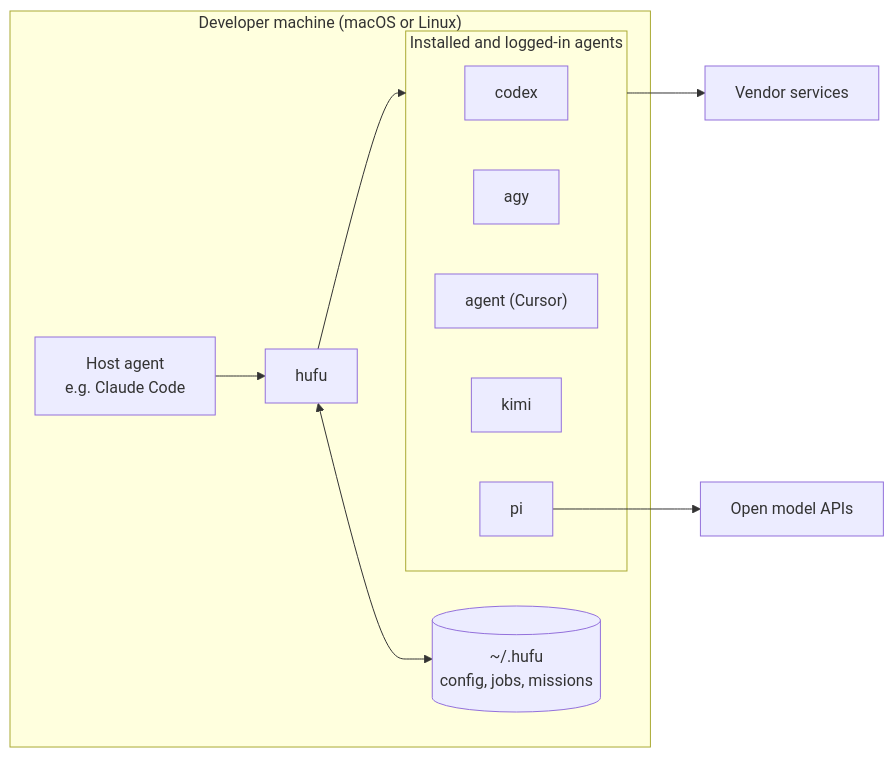
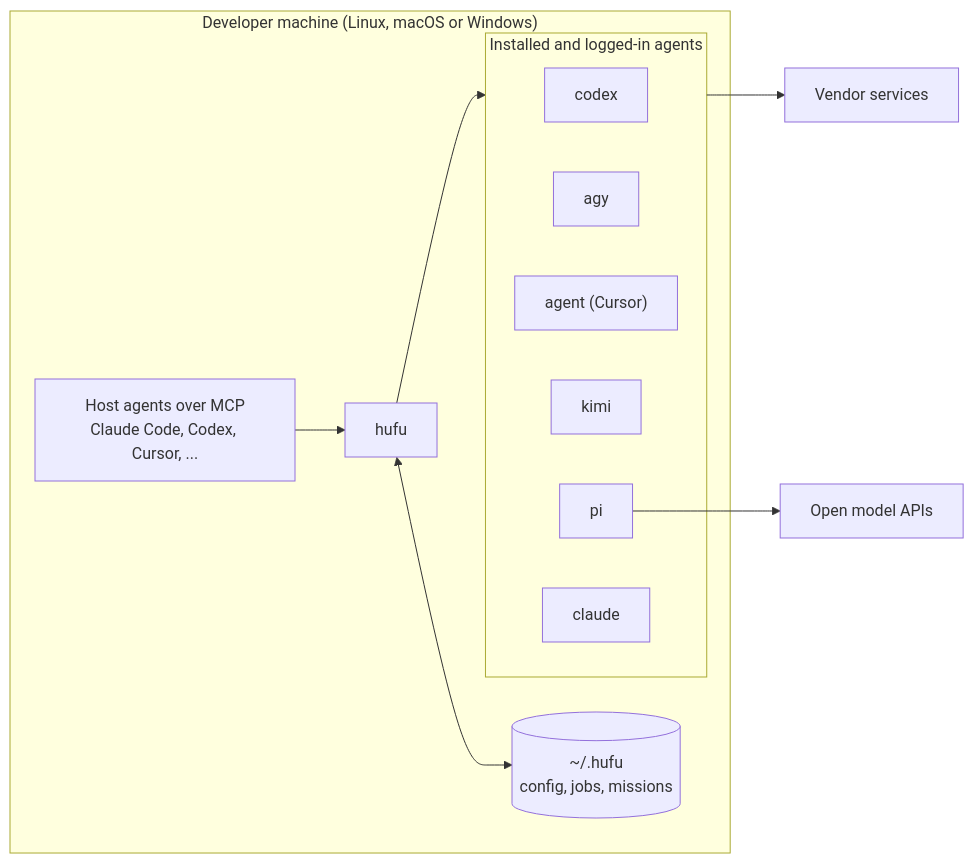
Before and after one commit to kverona-ai/hufu: the diagram in doc/deployment/deployment.md, drawn with Mermaid. The commit also changed other lines of this file and 27 other files, not shown here.

````diff
--- a/doc/deployment/deployment.md
+++ b/doc/deployment/deployment.md
@@ -15,20 +16,21 @@
 ```mermaid
 flowchart LR
-    subgraph Machine["Developer machine (macOS or Linux)"]
-        HOST["Host agent<br/>e.g. Claude Code"]
+    subgraph Machine["Developer machine (Linux, macOS or Windows)"]
+        HOST["Host agents over MCP<br/>Claude Code, Codex, Cursor, ..."]
         HUFU["hufu"]
         HOME[("~/.hufu<br/>config, jobs, missions")]
         subgraph Installed["Installed and logged-in agents"]
             A1["codex"]
             A2["agy"]
             A3["agent (Cursor)"]
             A4["kimi"]
             A5["pi"]
+            A6["claude"]
         end
         HOST --> HUFU
         HUFU <--> HOME
         HUFU --> Installed
     end
     Installed --> V["Vendor services"]
     A5 --> O["Open model APIs"]
 ```
````
